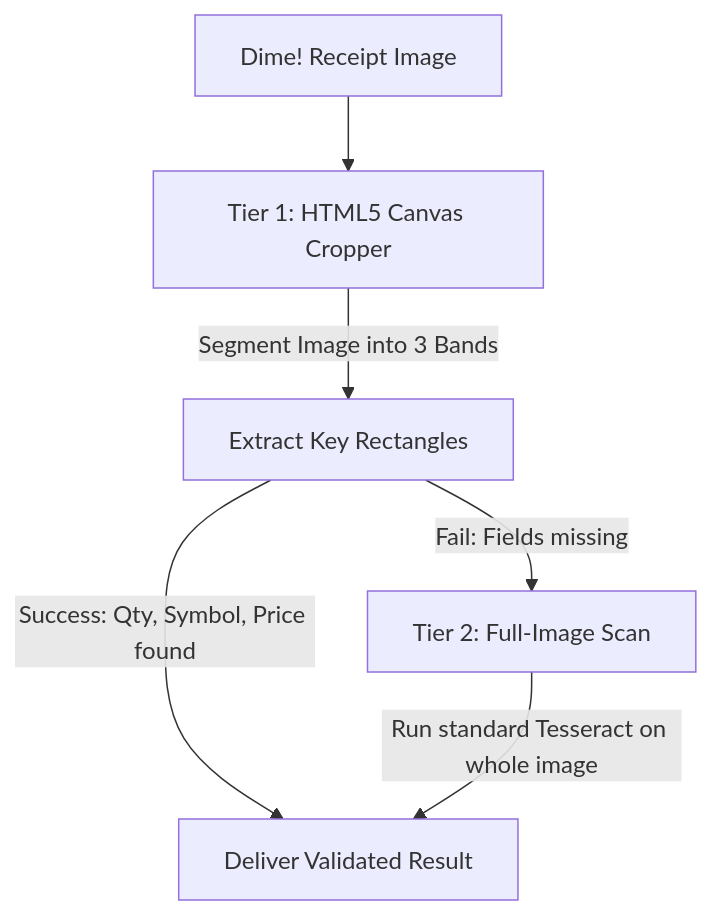
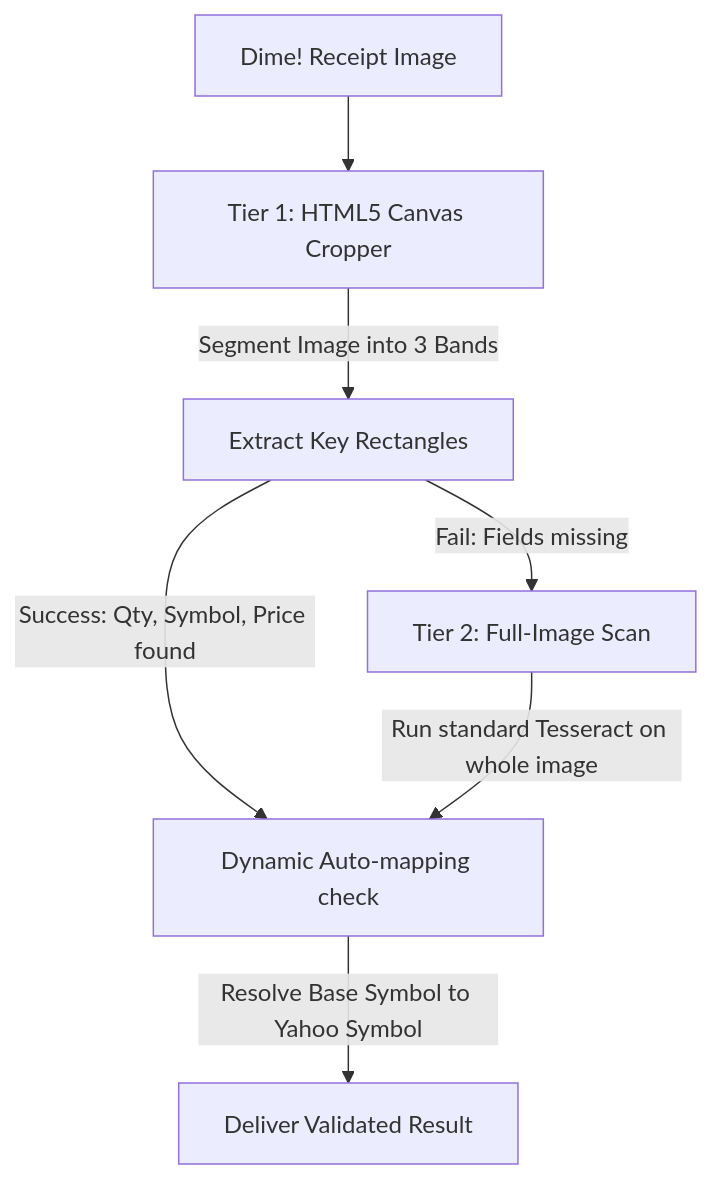
The second of 2 diagrams in PROJECT_CONTEXT.md (ballaaaa6/pixel-asset), drawn with Mermaid before and after one commit. The commit also changed other lines of this file and 4 other files, not shown here.

Commit message:
feat: implement asset clear & delete in pnl details modal, hide exchange suffixes, remove quick stock presets, and add dynamic ocr symbol mapping

````diff
--- a/PROJECT_CONTEXT.md
+++ b/PROJECT_CONTEXT.md
@@ -66,8 +79,9 @@
 ```mermaid
 graph TD
     Receipt[Dime! Receipt Image] --> Tier1[Tier 1: HTML5 Canvas Cropper]
     Tier1 -->|Segment Image into 3 Bands| OCR1[Extract Key Rectangles]
-    OCR1 -->|Success: Qty, Symbol, Price found| Process[Deliver Validated Result]
+    OCR1 -->|Success: Qty, Symbol, Price found| Automap[Dynamic Auto-mapping check]
     OCR1 -->|Fail: Fields missing| Tier2[Tier 2: Full-Image Scan]
-    Tier2 -->|Run standard Tesseract on whole image| Process
+    Tier2 -->|Run standard Tesseract on whole image| Automap
+    Automap -->|Resolve Base Symbol to Yahoo Symbol| Process[Deliver Validated Result]
 ```
````
